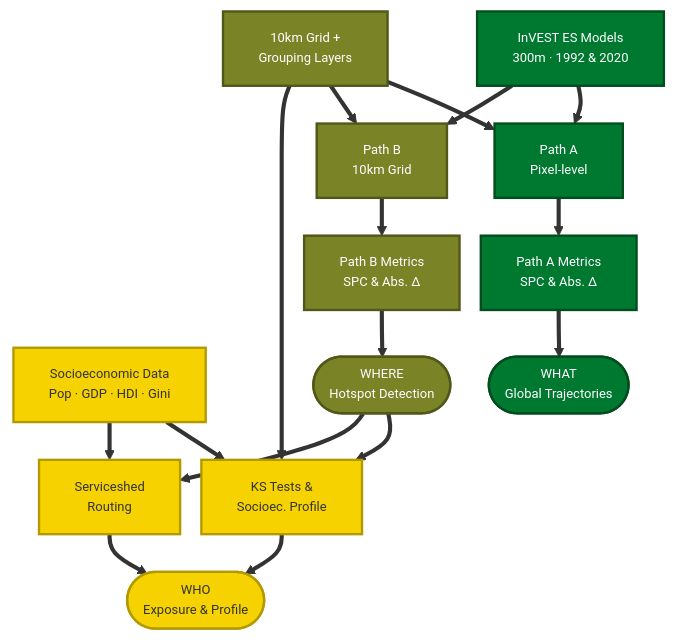
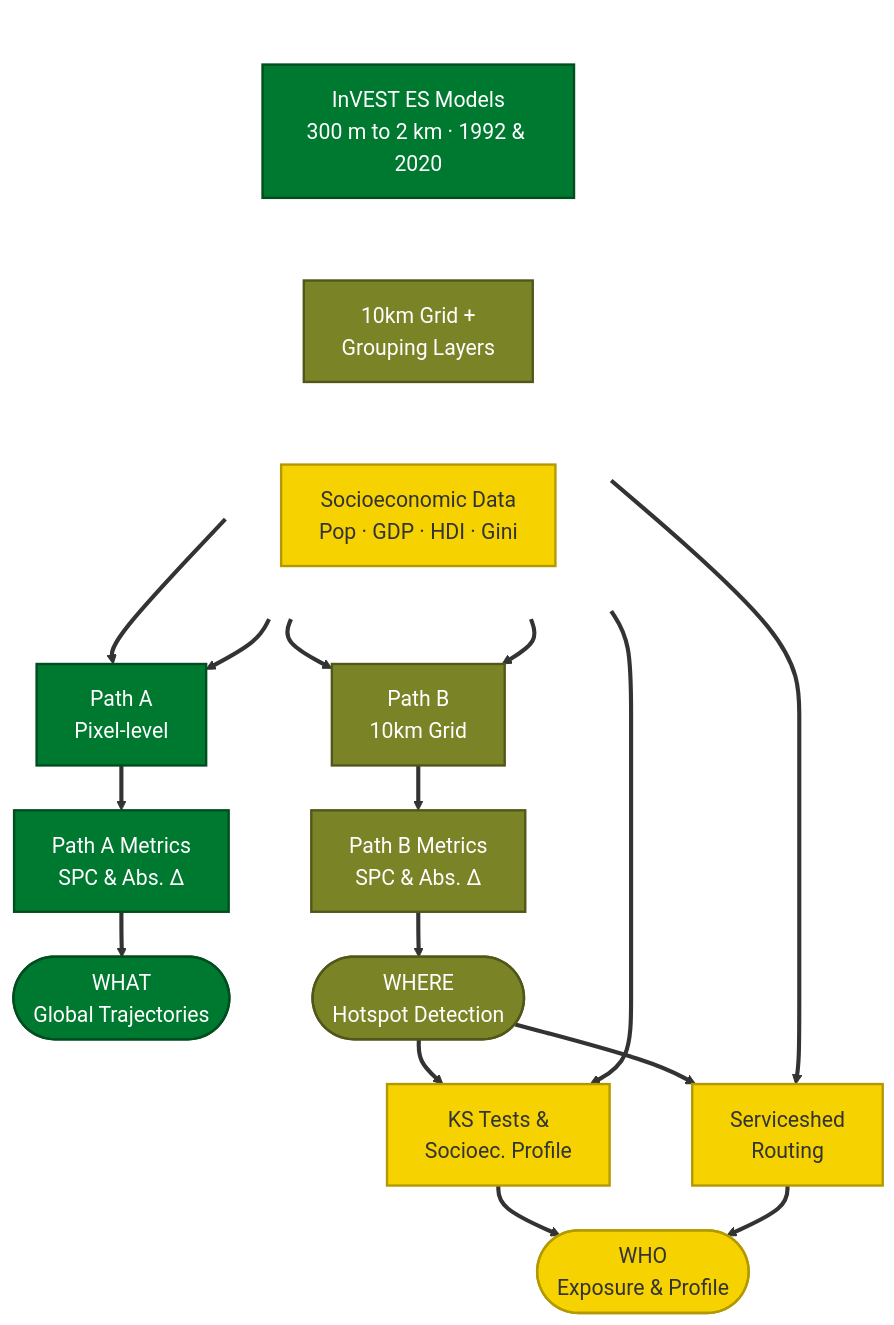
Before and after one commit to springinnovate/global_NCP: the diagram in docs/presentations/presentation.qmd, drawn with Mermaid. The commit also changed other lines of this file and 30 other files, not shown here.

````diff
--- a/docs/presentations/presentation.qmd
+++ b/docs/presentations/presentation.qmd
@@ -277,39 +298,43 @@
 ```{mermaid}
-%%{init: {'flowchart': {'rankSpacing': 32, 'nodeSpacing': 18}, 'themeVariables': {'fontSize': '11px'}}}%%
+%%{init: {'flowchart': {'rankSpacing': 38, 'nodeSpacing': 70, 'padding': 16}, 'themeVariables': {'fontSize': '18px'}}}%%
 flowchart TB
-    RawES["InVEST ES Models<br/>300m · 1992 & 2020"]
-    RawGrid["10km Grid +<br/>Grouping Layers"]
-    RawSoc["Socioeconomic Data<br/>Pop · GDP · HDI · Gini"]
+    subgraph Inputs[" "]
+        direction LR
+        RawES["InVEST ES Models<br/>300 m to 2 km · 1992 & 2020"]
+        RawGrid["10km Grid +<br/>Grouping Layers"]
+        RawSoc["Socioeconomic Data<br/>Pop · GDP · HDI · Gini"]
+    end
 
     IntA["Path A<br/>Pixel-level"]
     MathA["Path A Metrics<br/>SPC & Abs. Δ"]
+    P1(["WHAT<br/>Global Trajectories"])
 
     IntB["Path B<br/>10km Grid"]
     MathB["Path B Metrics<br/>SPC & Abs. Δ"]
+    P2(["WHERE<br/>Hotspot Detection"])
 
+    MathBenef["Serviceshed<br/>Routing"]
     MathSoc["KS Tests &<br/>Socioec. Profile"]
-    MathBenef["Serviceshed<br/>Routing"]
-
-    P1(["WHAT<br/>Global Trajectories"])
-    P2(["WHERE<br/>Hotspot Detection"])
     P4(["WHO<br/>Exposure & Profile"])
 
     RawES ==> IntA & IntB
-    RawGrid ==> IntA & IntB & MathSoc
-    RawSoc ==> MathSoc & MathBenef
+    RawGrid ==> IntA & IntB
+    RawSoc ==> MathBenef & MathSoc
 
     IntA ==> MathA ==> P1
     IntB ==> MathB ==> P2
 
-    P2 ==> MathSoc & MathBenef
+    P2 ==> MathBenef & MathSoc
     MathSoc ==> P4
     MathBenef ==> P4
+
+    style Inputs fill:none,stroke:none
 
     classDef c_what fill:#007930,stroke:#004D1E,stroke-width:2px,color:#FFF;
     classDef c_where fill:#7B8327,stroke:#515619,stroke-width:2px,color:#FFF;
     classDef c_who fill:#F5D200,stroke:#B39900,stroke-width:2px,color:#333;
 
     class RawES,IntA,MathA,P1 c_what;
     class RawGrid,IntB,MathB,P2 c_where;
     class RawSoc,MathSoc,MathBenef,P4 c_who;
 ```
````
